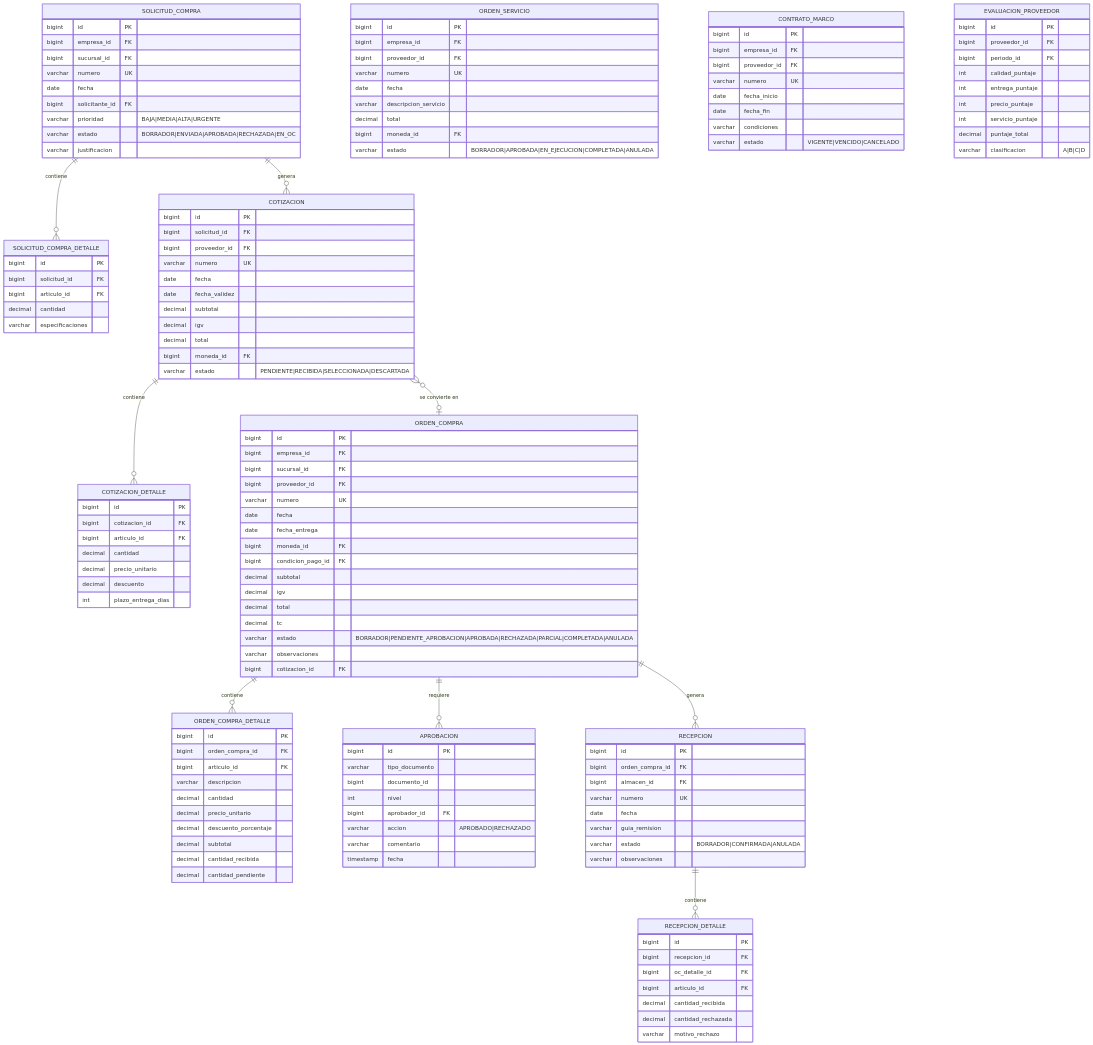
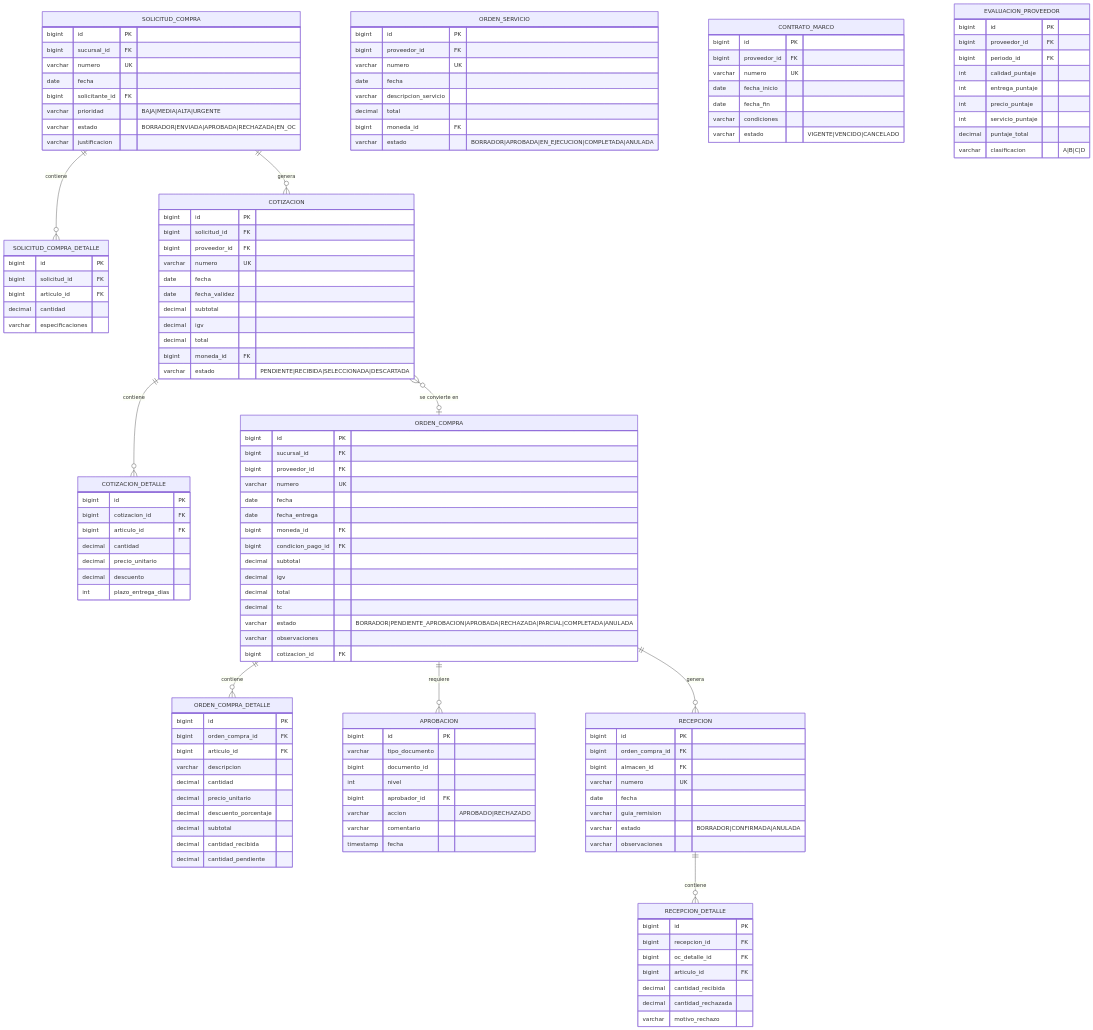
Diagram 22 of 52 in restaurante.pe/ARQUITECTURA_RESTAURANT_PE.md (jramirezch1978/sigre_web), drawn with Mermaid before and after one commit. The commit also changed other lines of this file and 1 other file, not shown here.

Commit message:
fix: Eliminar empresa_id de tablas de negocio en ER diagrams y maestros - consistencia Database-per-Tenant entre roadmap y arquitectura

```diff
--- a/restaurante.pe/ARQUITECTURA_RESTAURANT_PE.md
+++ b/restaurante.pe/ARQUITECTURA_RESTAURANT_PE.md
@@ -4370,7 +4388,7 @@
 erDiagram
     SOLICITUD_COMPRA {
         bigint id PK
-        bigint empresa_id FK
+
         bigint sucursal_id FK
         varchar numero UK
         date fecha
@@ -4410,7 +4428,7 @@
     }
     ORDEN_COMPRA {
         bigint id PK
-        bigint empresa_id FK
+
         bigint sucursal_id FK
         bigint proveedor_id FK
         varchar numero UK
@@ -4440,7 +4458,7 @@
     }
     ORDEN_SERVICIO {
         bigint id PK
-        bigint empresa_id FK
+
         bigint proveedor_id FK
         varchar numero UK
         date fecha
@@ -4480,7 +4498,7 @@
     }
     CONTRATO_MARCO {
         bigint id PK
-        bigint empresa_id FK
+
         bigint proveedor_id FK
         varchar numero UK
         date fecha_inicio
```
